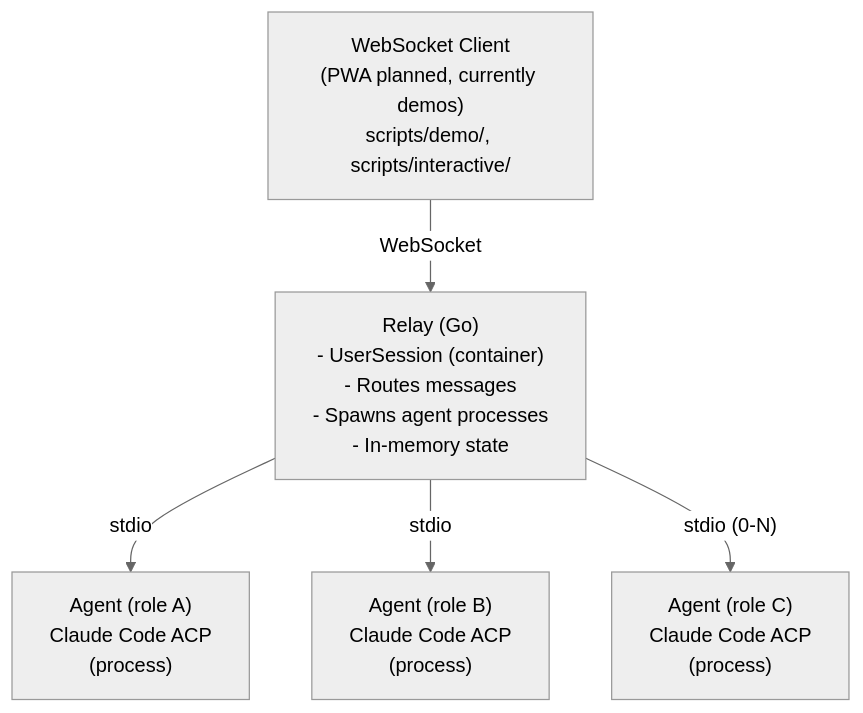
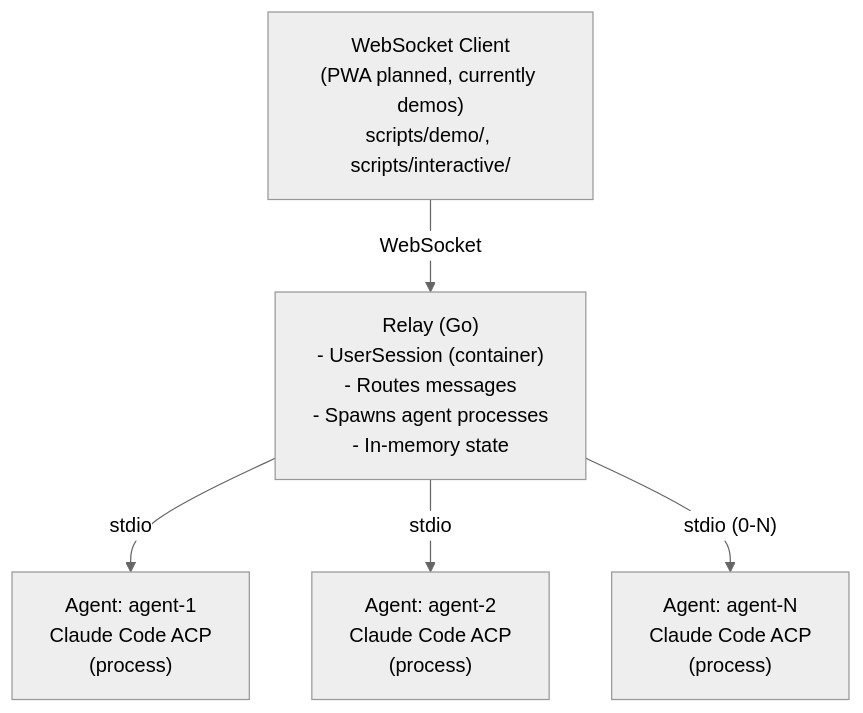
One commit to 2389-research/ourocodus changed the first of 2 diagrams in docs/ARCHITECTURE.md. Above: the diagram before and after it, drawn with Mermaid (neutral theme). The commit also changed other lines of this file and 2 other files, not shown here.

First line of the commit message:
docs: update core architecture docs with dynamic agent terminology

````diff
--- a/docs/ARCHITECTURE.md
+++ b/docs/ARCHITECTURE.md
@@ -7,13 +7,13 @@
 ```mermaid
 flowchart TD
     Client["WebSocket Client<br/>(PWA planned, currently demos)<br/>scripts/demo/, scripts/interactive/"]
     Relay["Relay (Go)<br/>- UserSession (container)<br/>- Routes messages<br/>- Spawns agent processes<br/>- In-memory state"]
-    AgentA["Agent (role A)<br/>Claude Code ACP<br/>(process)"]
-    AgentB["Agent (role B)<br/>Claude Code ACP<br/>(process)"]
-    AgentC["Agent (role C)<br/>Claude Code ACP<br/>(process)"]
+    AgentA["Agent: agent-1<br/>Claude Code ACP<br/>(process)"]
+    AgentB["Agent: agent-2<br/>Claude Code ACP<br/>(process)"]
+    AgentC["Agent: agent-N<br/>Claude Code ACP<br/>(process)"]
 
     Client -->|"WebSocket"| Relay
     Relay -->|"stdio"| AgentA
     Relay -->|"stdio"| AgentB
     Relay -->|"stdio (0-N)"| AgentC
 ```
````
